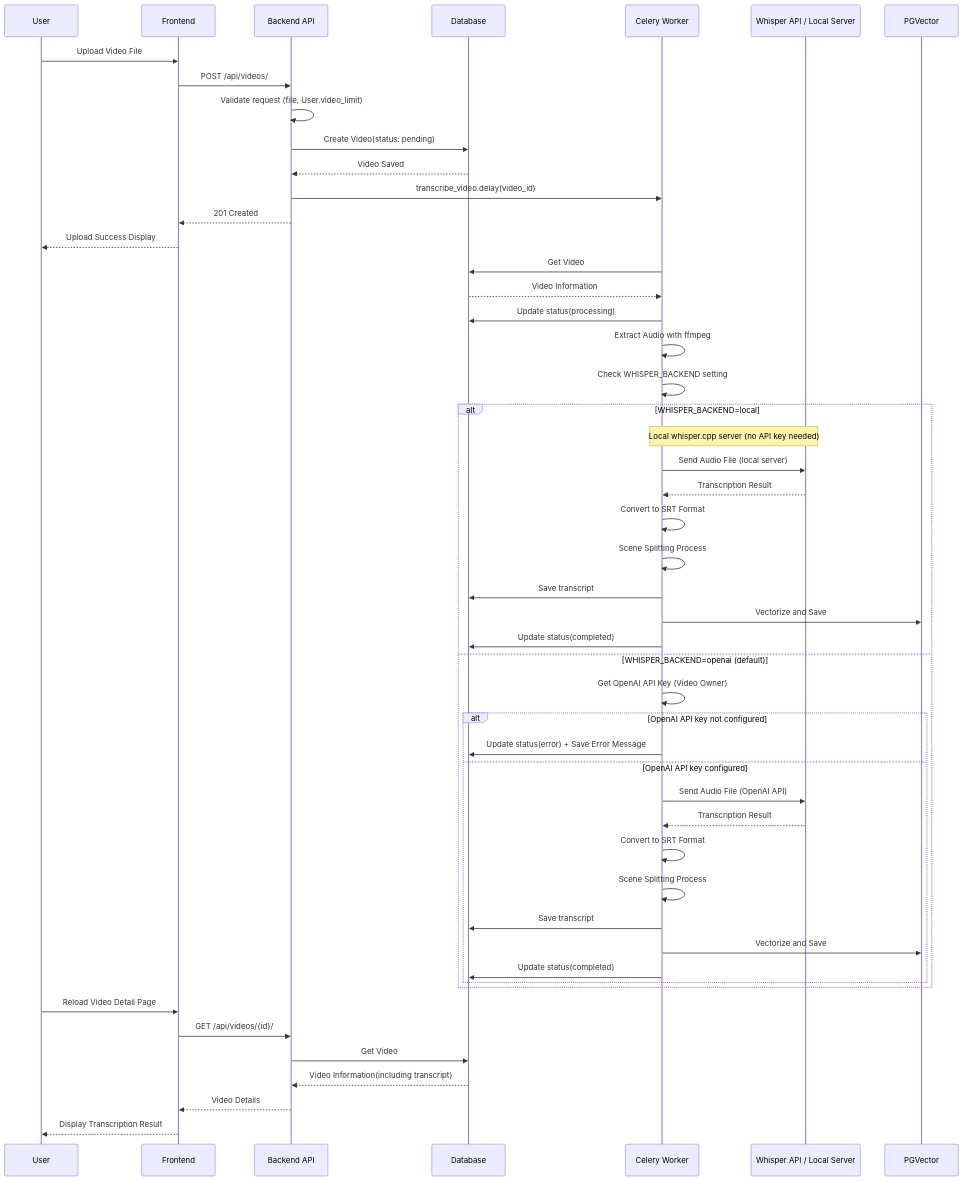
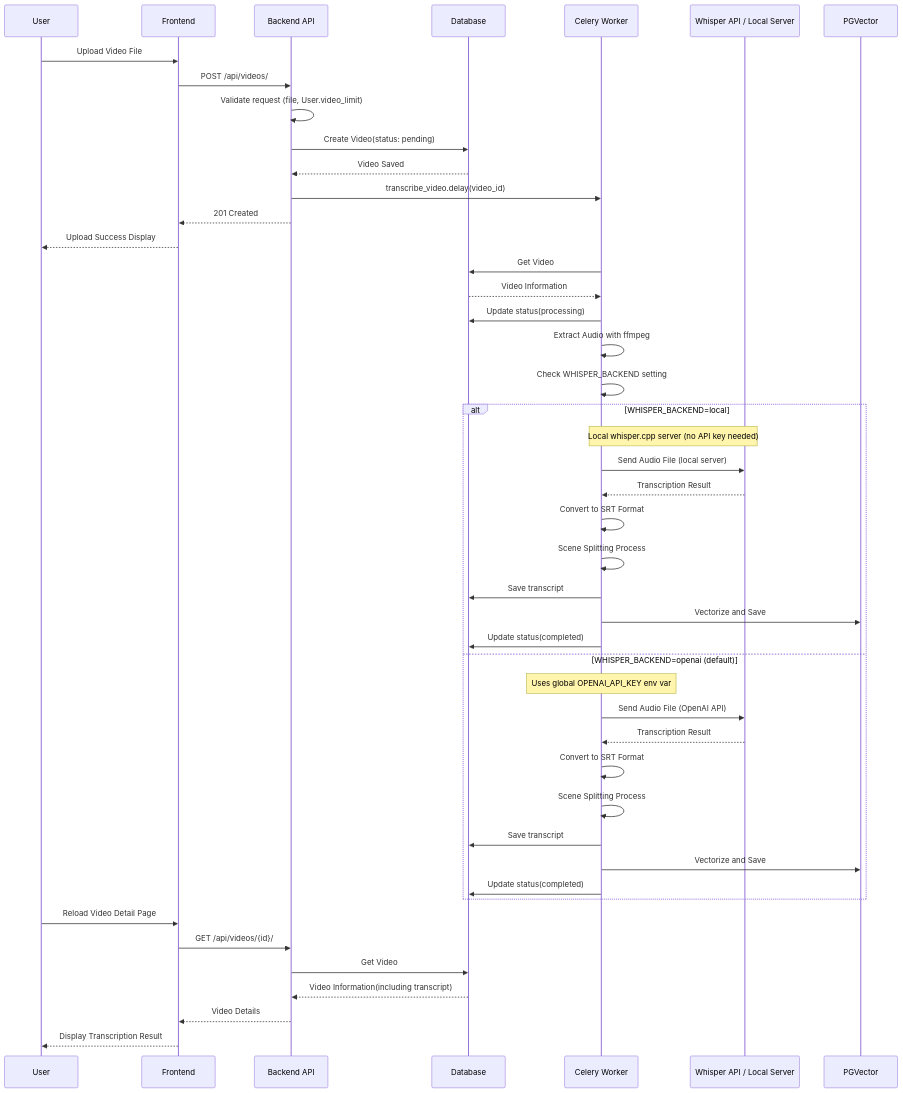
The first of 7 diagrams in docs/design/sequence-diagram.md (yukiharada1228/videoq), drawn with Mermaid before and after one commit. The commit also changed other lines of this file and 11 other files, not shown here.

````diff
--- a/docs/design/sequence-diagram.md
+++ b/docs/design/sequence-diagram.md
@@ -9,55 +9,51 @@
 ```mermaid
 sequenceDiagram
     participant User as User
     participant Frontend as Frontend
     participant Backend as Backend API
     participant DB as Database
     participant Celery as Celery Worker
     participant Whisper as Whisper API / Local Server
     participant PGVector as PGVector
 
     User->>Frontend: Upload Video File
     Frontend->>Backend: POST /api/videos/
     Backend->>Backend: Validate request (file, User.video_limit)
     Backend->>DB: Create Video(status: pending)
     DB-->>Backend: Video Saved
     Backend->>Celery: transcribe_video.delay(video_id)
     Backend-->>Frontend: 201 Created
     Frontend-->>User: Upload Success Display
 
     Celery->>DB: Get Video
     DB-->>Celery: Video Information
     Celery->>DB: Update status(processing)
     Celery->>Celery: Extract Audio with ffmpeg
     Celery->>Celery: Check WHISPER_BACKEND setting
     alt WHISPER_BACKEND=local
         Note over Celery,Whisper: Local whisper.cpp server (no API key needed)
         Celery->>Whisper: Send Audio File (local server)
         Whisper-->>Celery: Transcription Result
         Celery->>Celery: Convert to SRT Format
         Celery->>Celery: Scene Splitting Process
         Celery->>DB: Save transcript
         Celery->>PGVector: Vectorize and Save
         Celery->>DB: Update status(completed)
     else WHISPER_BACKEND=openai (default)
-        Celery->>Celery: Get OpenAI API Key (Video Owner)
-        alt OpenAI API key not configured
-            Celery->>DB: Update status(error) + Save Error Message
-        else OpenAI API key configured
-            Celery->>Whisper: Send Audio File (OpenAI API)
-            Whisper-->>Celery: Transcription Result
-            Celery->>Celery: Convert to SRT Format
-            Celery->>Celery: Scene Splitting Process
-            Celery->>DB: Save transcript
-            Celery->>PGVector: Vectorize and Save
-            Celery->>DB: Update status(completed)
-        end
+        Note over Celery: Uses global OPENAI_API_KEY env var
+        Celery->>Whisper: Send Audio File (OpenAI API)
+        Whisper-->>Celery: Transcription Result
+        Celery->>Celery: Convert to SRT Format
+        Celery->>Celery: Scene Splitting Process
+        Celery->>DB: Save transcript
+        Celery->>PGVector: Vectorize and Save
+        Celery->>DB: Update status(completed)
     end
     
     User->>Frontend: Reload Video Detail Page
     Frontend->>Backend: GET /api/videos/{id}/
     Backend->>DB: Get Video
     DB-->>Backend: Video Information(including transcript)
     Backend-->>Frontend: Video Details
     Frontend-->>User: Display Transcription Result
 ```
````
